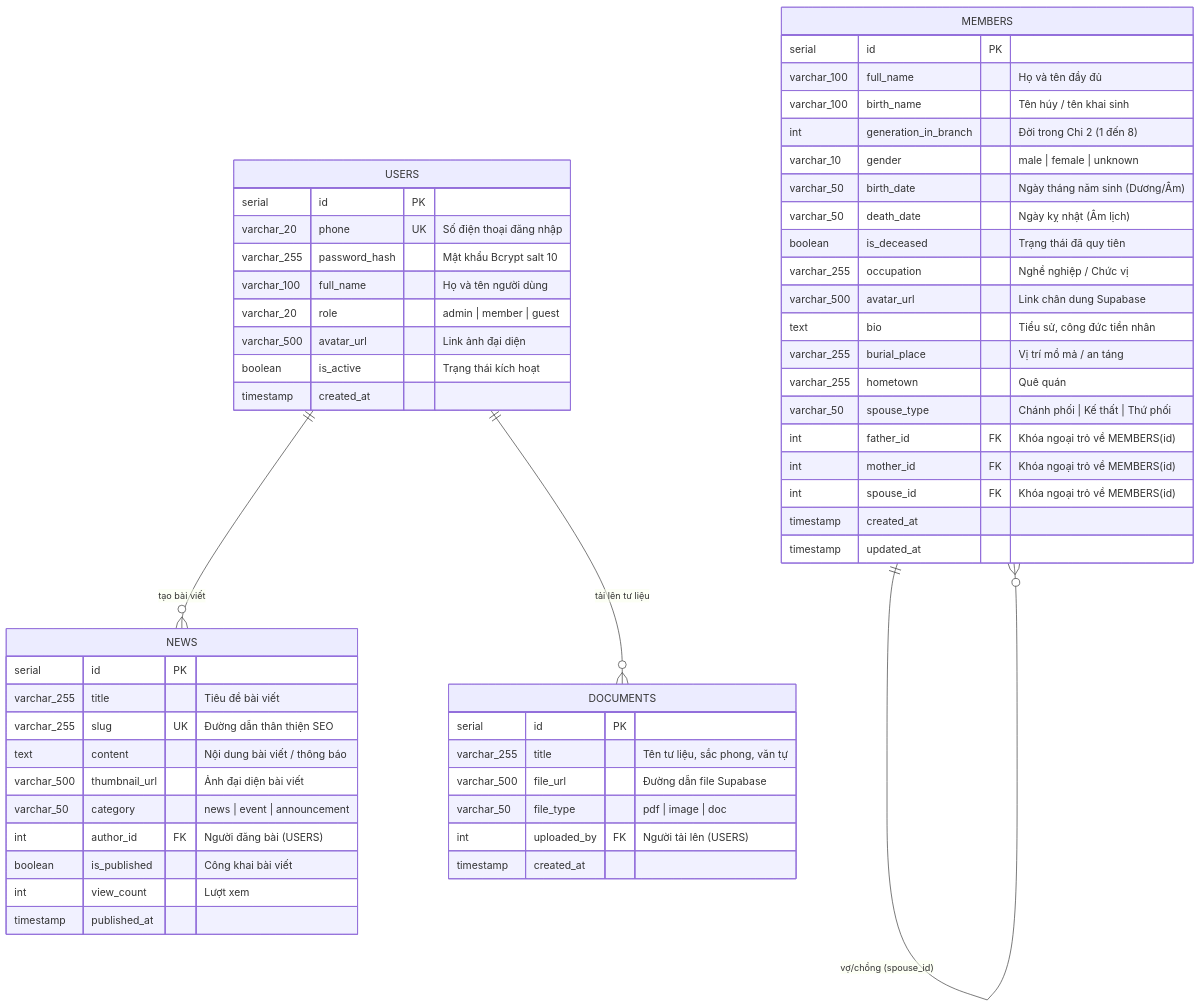
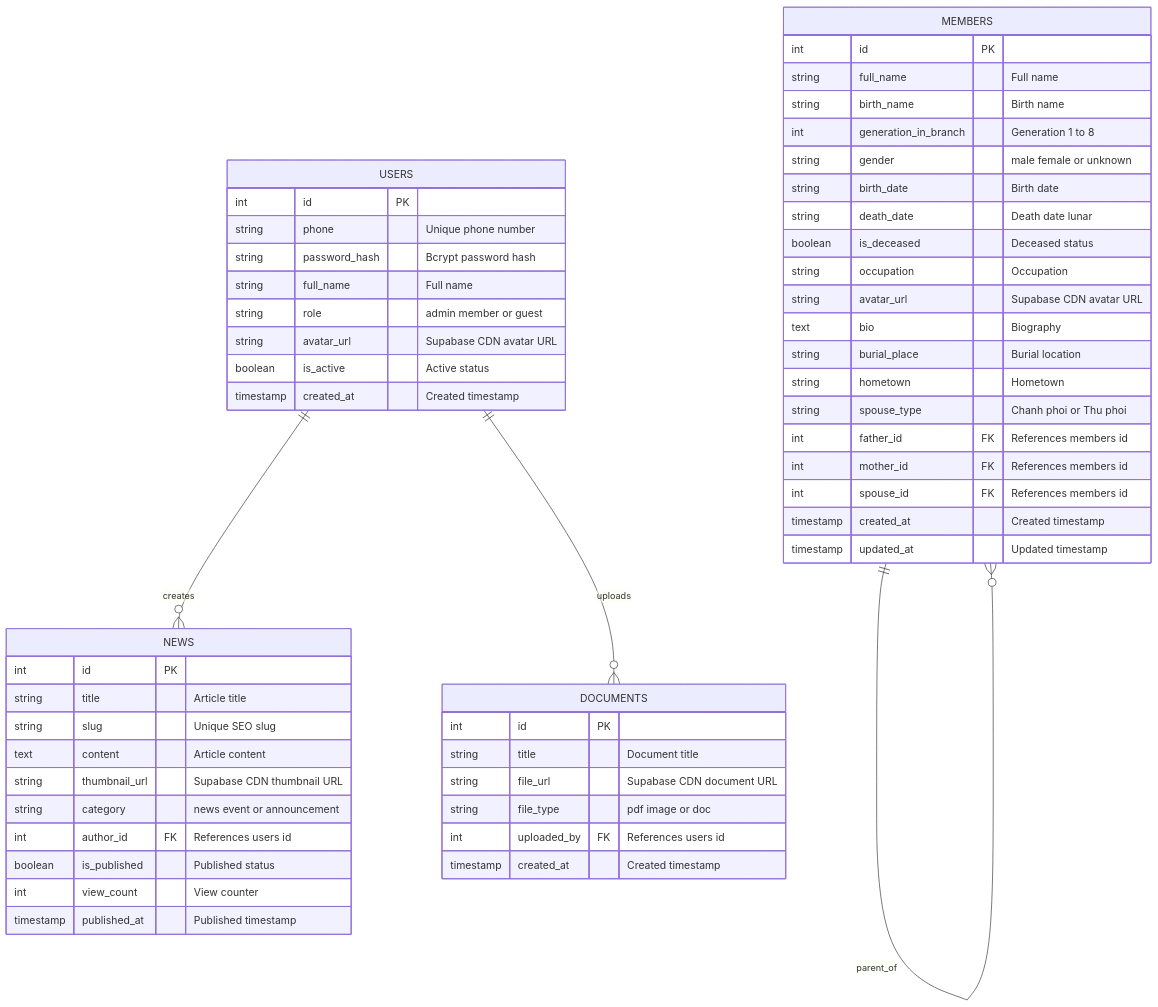
Before and after one commit to LGKAI/Portal-HoLeVan-Phai4-Chi2: the third of 3 diagrams in README.md, drawn with Mermaid. The commit also changed other lines of this file and 165 other files, not shown here.

Commit message:
feat(storage): migrate all images to Supabase Storage CDN, clean up local uploads, and fix Mermaid diagrams in README

````diff
--- a/README.md
+++ b/README.md
@@ -266,63 +267,61 @@
 ```mermaid
 erDiagram
-    USERS ||--o{ NEWS : "tạo bài viết"
-    USERS ||--o{ DOCUMENTS : "tải lên tư liệu"
-    MEMBERS ||--o{ MEMBERS : "cha (father_id)"
-    MEMBERS ||--o{ MEMBERS : "mẹ (mother_id)"
-    MEMBERS ||--o{ MEMBERS : "vợ/chồng (spouse_id)"
+    USERS ||--o{ NEWS : creates
+    USERS ||--o{ DOCUMENTS : uploads
+    MEMBERS ||--o{ MEMBERS : parent_of
 
     USERS {
-        serial id PK
-        varchar_20 phone UK "Số điện thoại đăng nhập"
-        varchar_255 password_hash "Mật khẩu Bcrypt salt 10"
-        varchar_100 full_name "Họ và tên người dùng"
-        varchar_20 role "admin | member | guest"
-        varchar_500 avatar_url "Link ảnh đại diện"
-        boolean is_active "Trạng thái kích hoạt"
-        timestamp created_at
+        int id PK
+        string phone "Unique phone number"
+        string password_hash "Bcrypt password hash"
+        string full_name "Full name"
+        string role "admin member or guest"
+        string avatar_url "Supabase CDN avatar URL"
+        boolean is_active "Active status"
+        timestamp created_at "Created timestamp"
     }
 
     MEMBERS {
-        serial id PK
-        varchar_100 full_name "Họ và tên đầy đủ"
-        varchar_100 birth_name "Tên húy / tên khai sinh"
-        int generation_in_branch "Đời trong Chi 2 (1 đến 8)"
-        varchar_10 gender "male | female | unknown"
-        varchar_50 birth_date "Ngày tháng năm sinh (Dương/Âm)"
-        varchar_50 death_date "Ngày kỵ nhật (Âm lịch)"
-        boolean is_deceased "Trạng thái đã quy tiên"
-        varchar_255 occupation "Nghề nghiệp / Chức vị"
-        varchar_500 avatar_url "Link chân dung Supabase"
-        text bio "Tiểu sử, công đức tiền nhân"
-        varchar_255 burial_place "Vị trí mồ mả / an táng"
-        varchar_255 hometown "Quê quán"
-        varchar_50 spouse_type "Chánh phối | Kế thất | Thứ phối"
-        int father_id FK "Khóa ngoại trỏ về MEMBERS(id)"
-        int mother_id FK "Khóa ngoại trỏ về MEMBERS(id)"
-        int spouse_id FK "Khóa ngoại trỏ về MEMBERS(id)"
-        timestamp created_at
-        timestamp updated_at
+        int id PK
+        string full_name "Full name"
+        string birth_name "Birth name"
+        int generation_in_branch "Generation 1 to 8"
+        string gender "male female or unknown"
+        string birth_date "Birth date"
+        string death_date "Death date lunar"
+        boolean is_deceased "Deceased status"
+        string occupation "Occupation"
+        string avatar_url "Supabase CDN avatar URL"
+        text bio "Biography"
+        string burial_place "Burial location"
+        string hometown "Hometown"
+        string spouse_type "Chanh phoi or Thu phoi"
+        int father_id FK "References members id"
+        int mother_id FK "References members id"
+        int spouse_id FK "References members id"
+        timestamp created_at "Created timestamp"
+        timestamp updated_at "Updated timestamp"
     }
 
     NEWS {
-        serial id PK
-        varchar_255 title "Tiêu đề bài viết"
-        varchar_255 slug UK "Đường dẫn thân thiện SEO"
-        text content "Nội dung bài viết / thông báo"
-        varchar_500 thumbnail_url "Ảnh đại diện bài viết"
-        varchar_50 category "news | event | announcement"
-        int author_id FK "Người đăng bài (USERS)"
-        boolean is_published "Công khai bài viết"
-        int view_count "Lượt xem"
-        timestamp published_at
+        int id PK
+        string title "Article title"
+        string slug "Unique SEO slug"
+        text content "Article content"
+        string thumbnail_url "Supabase CDN thumbnail URL"
+        string category "news event or announcement"
+        int author_id FK "References users id"
+        boolean is_published "Published status"
+        int view_count "View counter"
+        timestamp published_at "Published timestamp"
     }
 
     DOCUMENTS {
-        serial id PK
-        varchar_255 title "Tên tư liệu, sắc phong, văn tự"
-        varchar_500 file_url "Đường dẫn file Supabase"
-        varchar_50 file_type "pdf | image | doc"
-        int uploaded_by FK "Người tải lên (USERS)"
-        timestamp created_at
+        int id PK
+        string title "Document title"
+        string file_url "Supabase CDN document URL"
+        string file_type "pdf image or doc"
+        int uploaded_by FK "References users id"
+        timestamp created_at "Created timestamp"
     }
 ```
````
